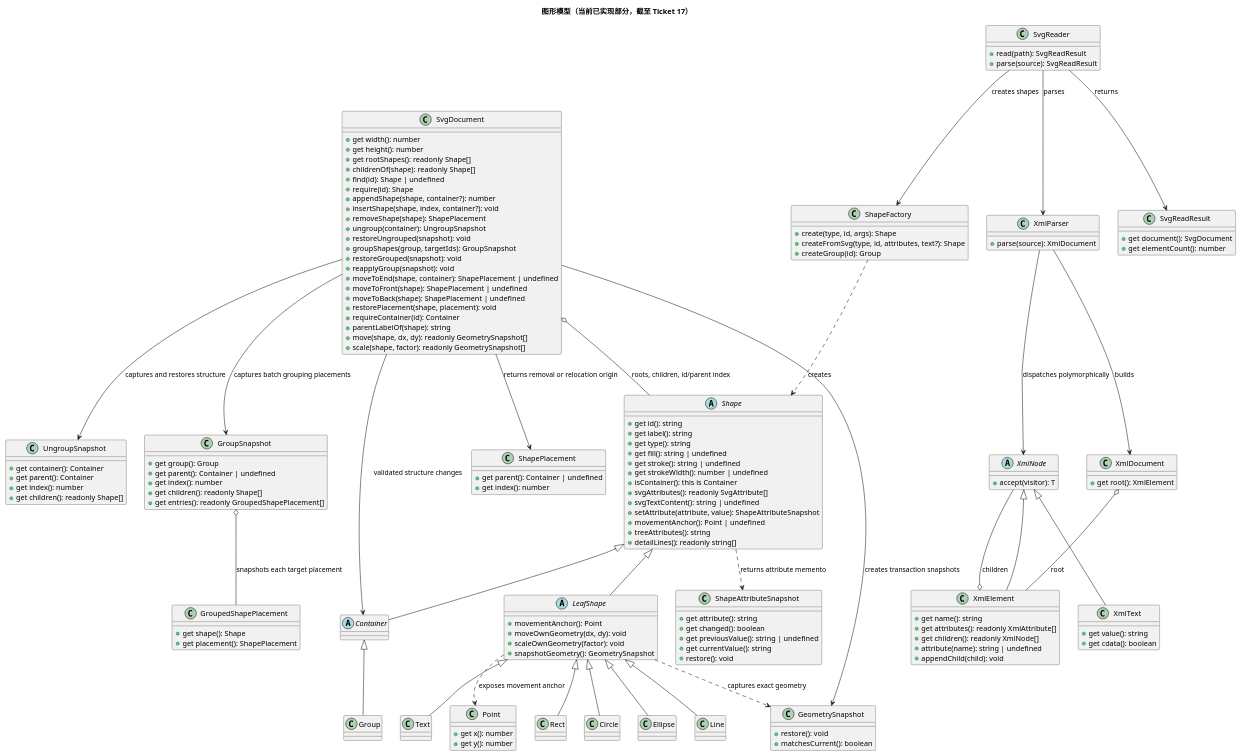
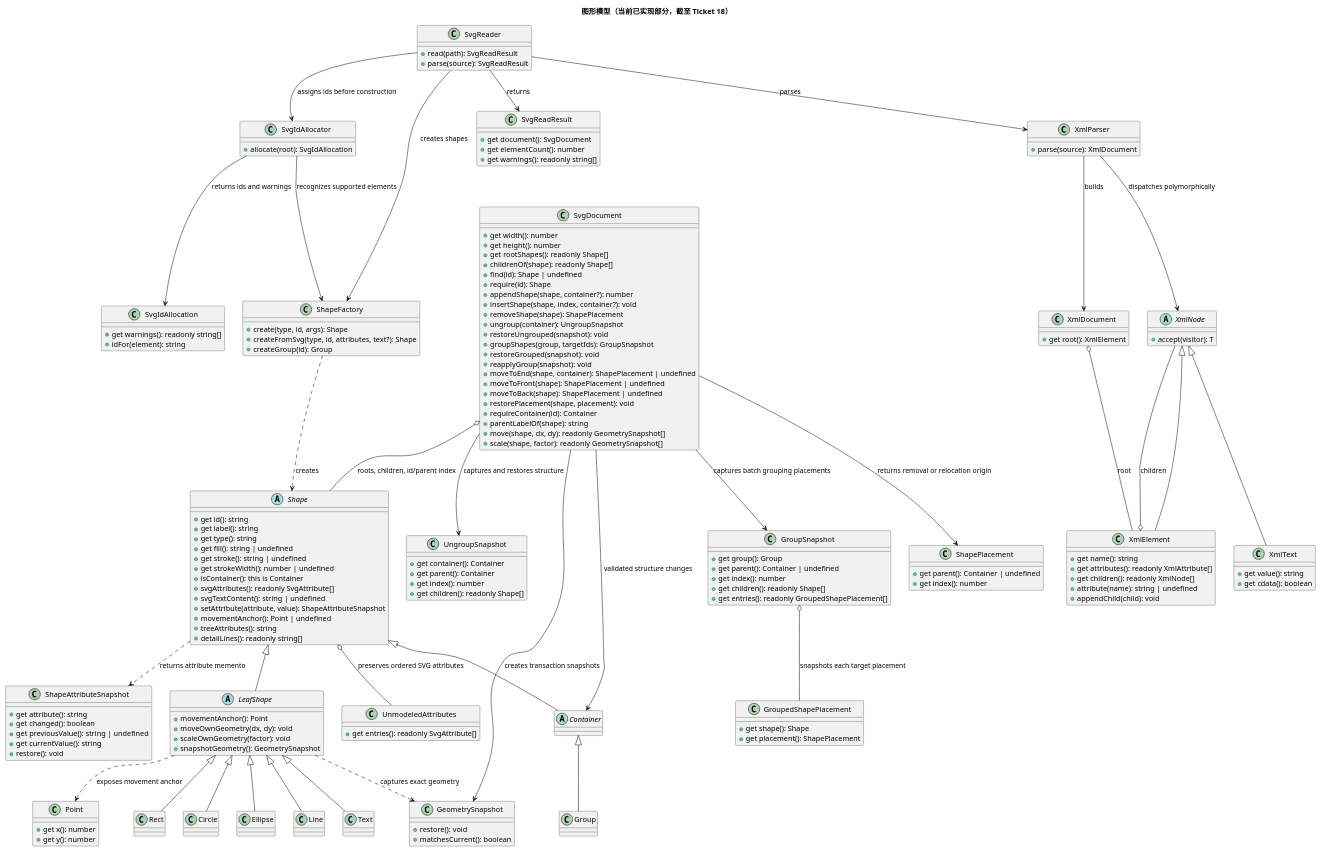
Before and after one commit to NQC233/svg-editor-lab1: the first of 2 diagrams in doc/class-model.puml, drawn with PlantUML. The commit also changed other lines of this file and 5 other files, not shown here.

```diff
--- a/doc/class-model.puml
+++ b/doc/class-model.puml
@@ -1,172 +1,190 @@
 @startuml
-title 图形模型（当前已实现部分，截至 Ticket 17）
+title 图形模型（当前已实现部分，截至 Ticket 18）
 
 abstract class Shape {
   +get id(): string
   +get label(): string
   +get type(): string
   +get fill(): string | undefined
   +get stroke(): string | undefined
   +get strokeWidth(): number | undefined
   +isContainer(): this is Container
   +svgAttributes(): readonly SvgAttribute[]
   +svgTextContent(): string | undefined
   +setAttribute(attribute, value): ShapeAttributeSnapshot
   +movementAnchor(): Point | undefined
   +treeAttributes(): string
   +detailLines(): readonly string[]
 }
 
 abstract class LeafShape {
   +movementAnchor(): Point
   +moveOwnGeometry(dx, dy): void
   +scaleOwnGeometry(factor): void
   +snapshotGeometry(): GeometrySnapshot
 }
 
 abstract class Container
 
 class Group
 class Rect
 class Circle
 class Ellipse
 class Line
 class Text
+class UnmodeledAttributes {
+  +get entries(): readonly SvgAttribute[]
+}
 class GeometrySnapshot {
   +restore(): void
   +matchesCurrent(): boolean
 }
 
 class ShapeAttributeSnapshot {
   +get attribute(): string
   +get changed(): boolean
   +get previousValue(): string | undefined
   +get currentValue(): string
   +restore(): void
 }
 
 class Point {
   +get x(): number
   +get y(): number
 }
 
 class ShapePlacement {
   +get parent(): Container | undefined
   +get index(): number
 }
 
 class UngroupSnapshot {
   +get container(): Container
   +get parent(): Container
   +get index(): number
   +get children(): readonly Shape[]
 }
 
 class GroupSnapshot {
   +get group(): Group
   +get parent(): Container | undefined
   +get index(): number
   +get children(): readonly Shape[]
   +get entries(): readonly GroupedShapePlacement[]
 }
 
 class GroupedShapePlacement {
   +get shape(): Shape
   +get placement(): ShapePlacement
 }
 
 class SvgDocument {
   +get width(): number
   +get height(): number
   +get rootShapes(): readonly Shape[]
   +childrenOf(shape): readonly Shape[]
   +find(id): Shape | undefined
   +require(id): Shape
   +appendShape(shape, container?): number
   +insertShape(shape, index, container?): void
   +removeShape(shape): ShapePlacement
   +ungroup(container): UngroupSnapshot
   +restoreUngrouped(snapshot): void
   +groupShapes(group, targetIds): GroupSnapshot
   +restoreGrouped(snapshot): void
   +reapplyGroup(snapshot): void
   +moveToEnd(shape, container): ShapePlacement | undefined
   +moveToFront(shape): ShapePlacement | undefined
   +moveToBack(shape): ShapePlacement | undefined
   +restorePlacement(shape, placement): void
   +requireContainer(id): Container
   +parentLabelOf(shape): string
   +move(shape, dx, dy): readonly GeometrySnapshot[]
   +scale(shape, factor): readonly GeometrySnapshot[]
 }
 
 class ShapeFactory {
   +create(type, id, args): Shape
   +createFromSvg(type, id, attributes, text?): Shape
   +createGroup(id): Group
 }
 
 abstract class XmlNode {
   +accept(visitor): T
 }
 
 class XmlElement {
   +get name(): string
   +get attributes(): readonly XmlAttribute[]
   +get children(): readonly XmlNode[]
   +attribute(name): string | undefined
   +appendChild(child): void
 }
 
 class XmlText {
   +get value(): string
   +get cdata(): boolean
 }
 
 class XmlDocument {
   +get root(): XmlElement
 }
 
 class XmlParser {
   +parse(source): XmlDocument
 }
 
 class SvgReader {
   +read(path): SvgReadResult
   +parse(source): SvgReadResult
 }
 
 class SvgReadResult {
   +get document(): SvgDocument
   +get elementCount(): number
+  +get warnings(): readonly string[]
 }
+
+class SvgIdAllocator {
+  +allocate(root): SvgIdAllocation
+}
+
+class SvgIdAllocation {
+  +get warnings(): readonly string[]
+  +idFor(element): string
+}
+
 
 Shape <|-- LeafShape
 Shape <|-- Container
 Container <|-- Group
 LeafShape <|-- Rect
 LeafShape <|-- Circle
 LeafShape <|-- Ellipse
 LeafShape <|-- Line
 LeafShape <|-- Text
 SvgDocument o-- Shape : roots, children, id/parent index
 SvgDocument --> Container : validated structure changes
 SvgDocument --> GeometrySnapshot : creates transaction snapshots
 SvgDocument --> ShapePlacement : returns removal or relocation origin
 SvgDocument --> UngroupSnapshot : captures and restores structure
 SvgDocument --> GroupSnapshot : captures batch grouping placements
 GroupSnapshot o-- GroupedShapePlacement : snapshots each target placement
 LeafShape ..> GeometrySnapshot : captures exact geometry
 LeafShape ..> Point : exposes movement anchor
 ShapeFactory ..> Shape : creates
 Shape ..> ShapeAttributeSnapshot : returns attribute memento
+Shape o-- UnmodeledAttributes : preserves ordered SVG attributes
 XmlNode <|-- XmlElement
 XmlNode <|-- XmlText
 XmlElement o-- XmlNode : children
 XmlDocument o-- XmlElement : root
 XmlParser --> XmlDocument : builds
 XmlParser --> XmlNode : dispatches polymorphically
 SvgReader --> XmlParser : parses
 SvgReader --> ShapeFactory : creates shapes
+SvgReader --> SvgIdAllocator : assigns ids before construction
 SvgReader --> SvgReadResult : returns
+SvgIdAllocator --> SvgIdAllocation : returns ids and warnings
+SvgIdAllocator --> ShapeFactory : recognizes supported elements
 @enduml
```
